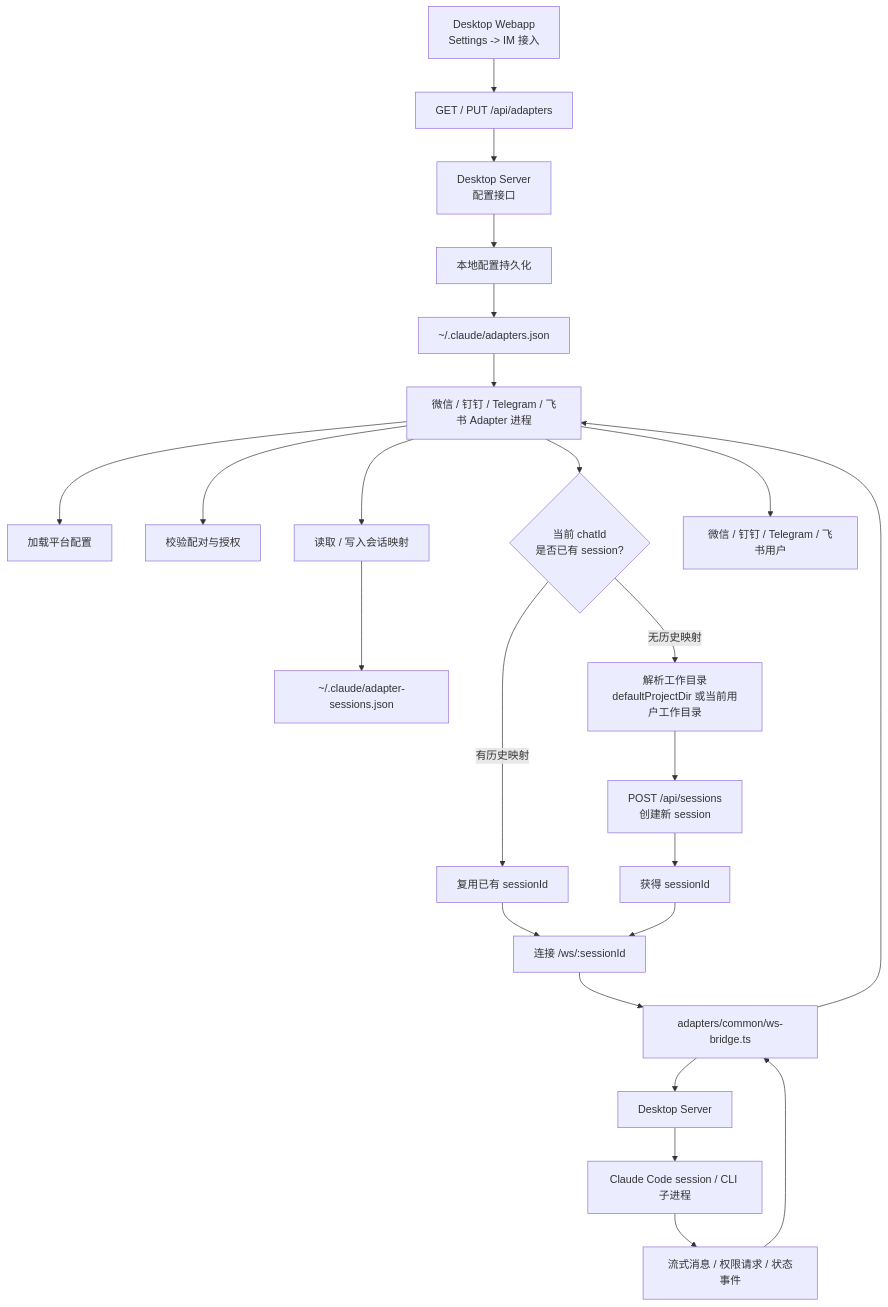
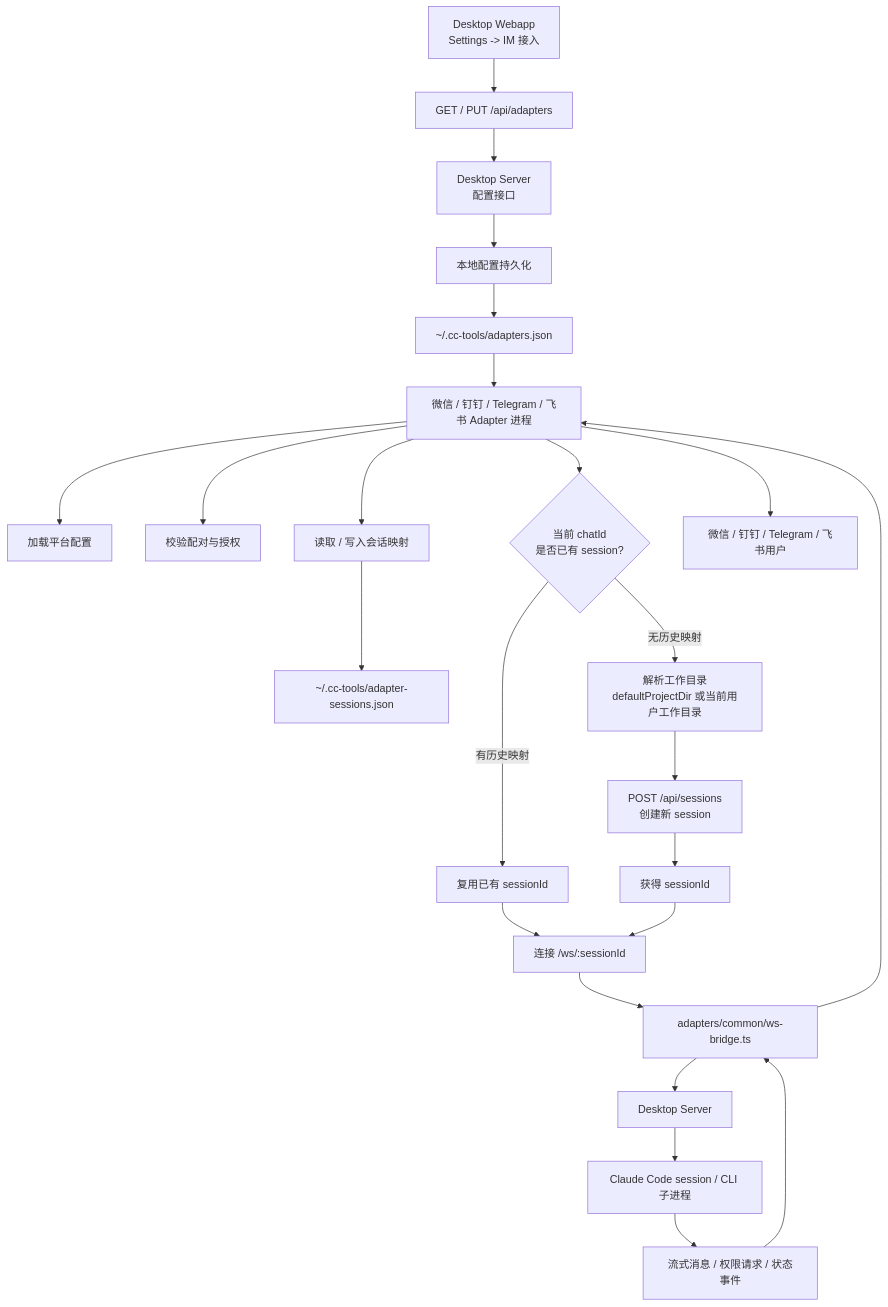
One commit to wenlong66/cc-tools changed the diagram in docs/im/index.md. Above: the diagram before and after it, drawn with Mermaid. The commit also changed other lines of this file and 244 other files, not shown here.

````diff
--- a/docs/im/index.md
+++ b/docs/im/index.md
@@ -12,31 +12,31 @@
 ```mermaid
 flowchart TD
     A["Desktop Webapp<br/>Settings -> IM 接入"] --> B["GET / PUT /api/adapters"]
     B --> C["Desktop Server<br/>配置接口"]
     C --> D["本地配置持久化"]
-    D --> E["~/.claude/adapters.json"]
+    D --> E["~/.cc-tools/adapters.json"]
 
     E --> F["微信 / 钉钉 / Telegram / 飞书 Adapter 进程"]
     F --> G["加载平台配置"]
     F --> H["校验配对与授权"]
     F --> I["读取 / 写入会话映射"]
-    I --> J["~/.claude/adapter-sessions.json"]
+    I --> J["~/.cc-tools/adapter-sessions.json"]
 
     F --> K{"当前 chatId<br/>是否已有 session?"}
     K -->|有历史映射| L["复用已有 sessionId"]
     K -->|无历史映射| M["解析工作目录<br/>defaultProjectDir 或当前用户工作目录"]
     M --> N["POST /api/sessions<br/>创建新 session"]
 
     N --> Q["获得 sessionId"]
     L --> R["连接 /ws/:sessionId"]
     Q --> R
 
     R --> S["adapters/common/ws-bridge.ts"]
     S --> T["Desktop Server"]
     T --> U["Claude Code session / CLI 子进程"]
 
     U --> V["流式消息 / 权限请求 / 状态事件"]
     V --> S
     S --> F
     F --> W["微信 / 钉钉 / Telegram / 飞书用户"]
 ```
````
